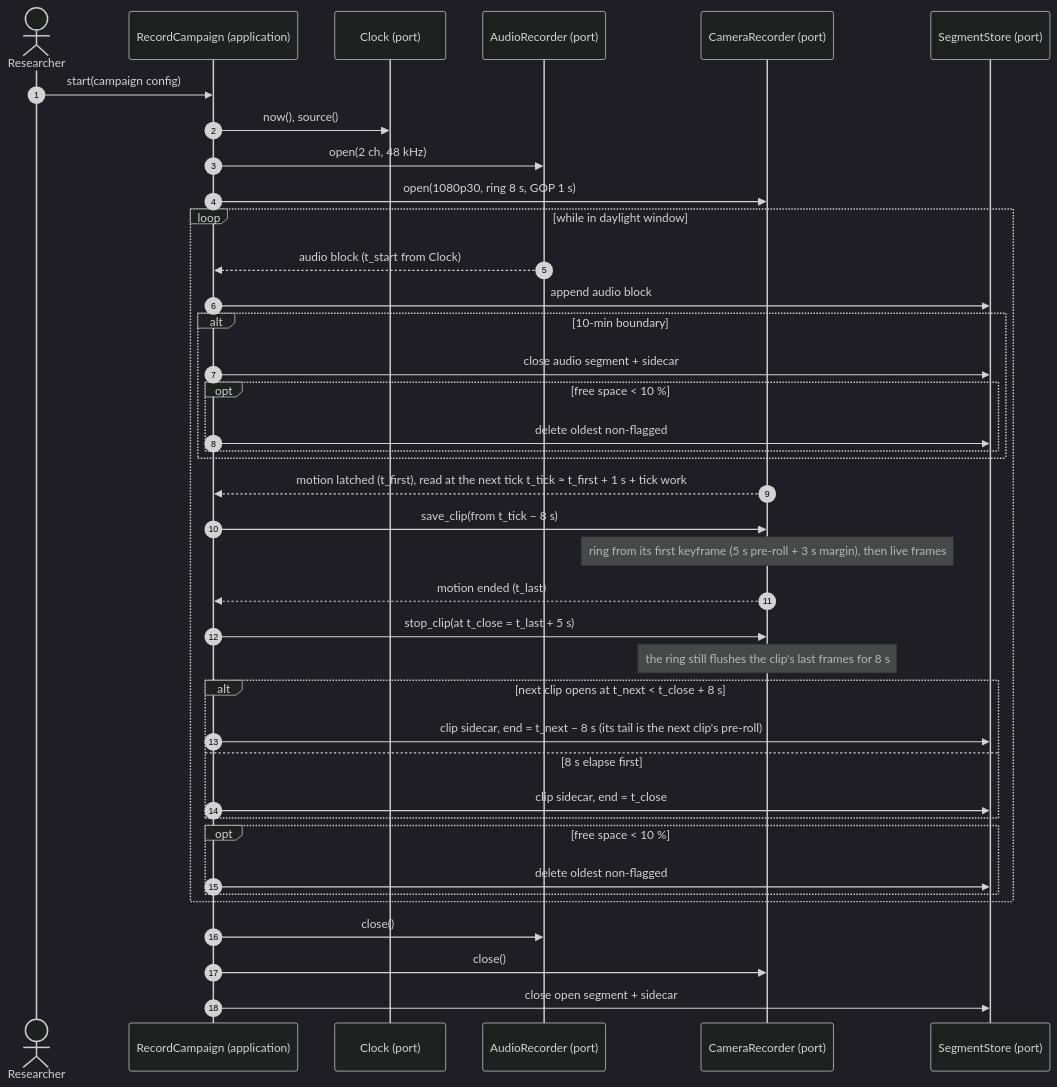
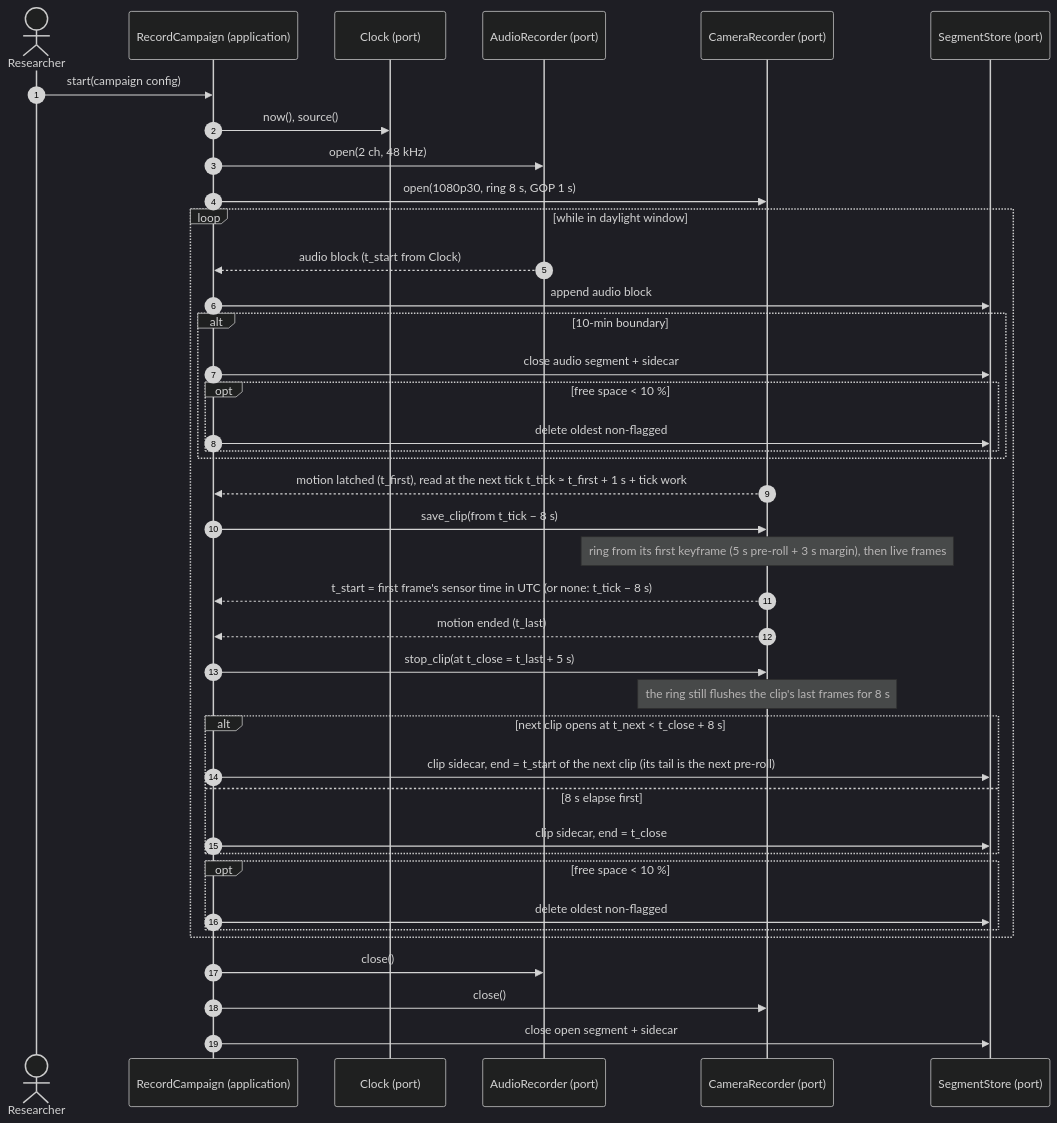
One commit to benoit-bremaud/aristech changed the diagram in docs/architecture/diagrams/capture-rig/02-sequence-recording.md. Above: the diagram before and after it, drawn with Mermaid (dark theme). The commit also changed other lines of this file and 5 other files, not shown here.

First line of the commit message:
fix(capture): date a clip from its first frame's sensor timestamp

````diff
--- a/docs/architecture/diagrams/capture-rig/02-sequence-recording.md
+++ b/docs/architecture/diagrams/capture-rig/02-sequence-recording.md
@@ -14,42 +14,43 @@
 ```mermaid
 sequenceDiagram
     autonumber
     actor R as Researcher
     participant UC as RecordCampaign (application)
     participant CK as Clock (port)
     participant AU as AudioRecorder (port)
     participant CA as CameraRecorder (port)
     participant ST as SegmentStore (port)
 
     R->>UC: start(campaign config)
     UC->>CK: now(), source()
     UC->>AU: open(2 ch, 48 kHz)
     UC->>CA: open(1080p30, ring 8 s, GOP 1 s)
     loop while in daylight window
         AU-->>UC: audio block (t_start from Clock)
         UC->>ST: append audio block
         alt 10-min boundary
             UC->>ST: close audio segment + sidecar
             opt free space < 10 %
                 UC->>ST: delete oldest non-flagged
             end
         end
         CA-->>UC: motion latched (t_first), read at the next tick t_tick ≈ t_first + 1 s + tick work
         UC->>CA: save_clip(from t_tick − 8 s)
         Note over CA: ring from its first keyframe (5 s pre-roll + 3 s margin), then live frames
+        CA-->>UC: t_start = first frame's sensor time in UTC (or none: t_tick − 8 s)
         CA-->>UC: motion ended (t_last)
         UC->>CA: stop_clip(at t_close = t_last + 5 s)
         Note over CA: the ring still flushes the clip's last frames for 8 s
         alt next clip opens at t_next < t_close + 8 s
-            UC->>ST: clip sidecar, end = t_next − 8 s (its tail is the next clip's pre-roll)
+            UC->>ST: clip sidecar, end = t_start of the next clip (its tail is the next pre-roll)
         else 8 s elapse first
             UC->>ST: clip sidecar, end = t_close
         end
         opt free space < 10 %
             UC->>ST: delete oldest non-flagged
         end
     end
     UC->>AU: close()
     UC->>CA: close()
     UC->>ST: close open segment + sidecar
 ```
````
